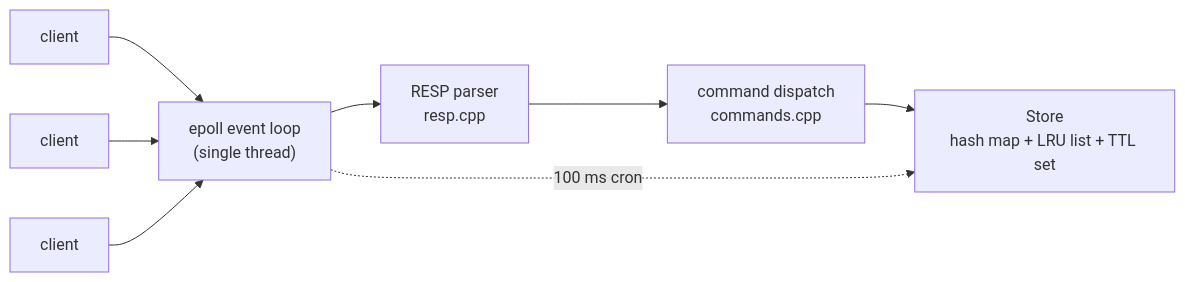
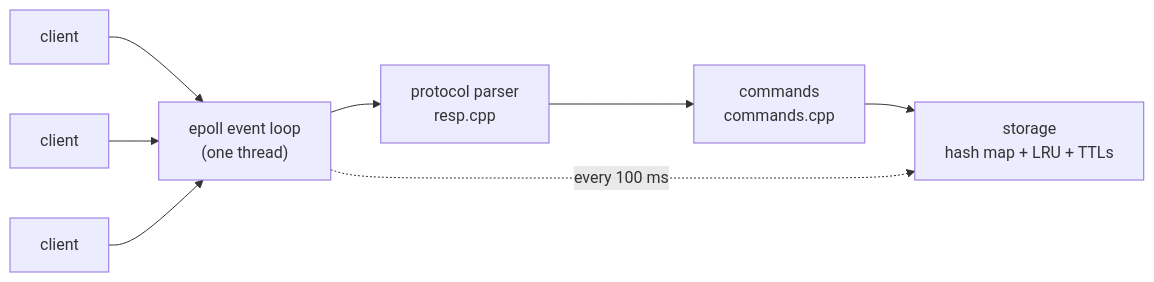
One commit to AxelCell/mini-redis-cpp changed the diagram in README.md. Above: the diagram before and after it, drawn with Mermaid. The commit also changed other lines of this file and 1 other file, not shown here.

````diff
--- a/README.md
+++ b/README.md
@@ -36,10 +99,10 @@
 ```mermaid
 flowchart LR
     C1[client] --> EL
     C2[client] --> EL
     C3[client] --> EL
-    EL["epoll event loop<br/>(single thread)"] --> P["RESP parser<br/>resp.cpp"]
-    P --> X["command dispatch<br/>commands.cpp"]
-    X --> S["Store<br/>hash map + LRU list + TTL set"]
-    EL -.->|"100 ms cron"| S
+    EL["epoll event loop<br/>(one thread)"] --> P["protocol parser<br/>resp.cpp"]
+    P --> X["commands<br/>commands.cpp"]
+    X --> S["storage<br/>hash map + LRU + TTLs"]
+    EL -.->|"every 100 ms"| S
 ```
````
